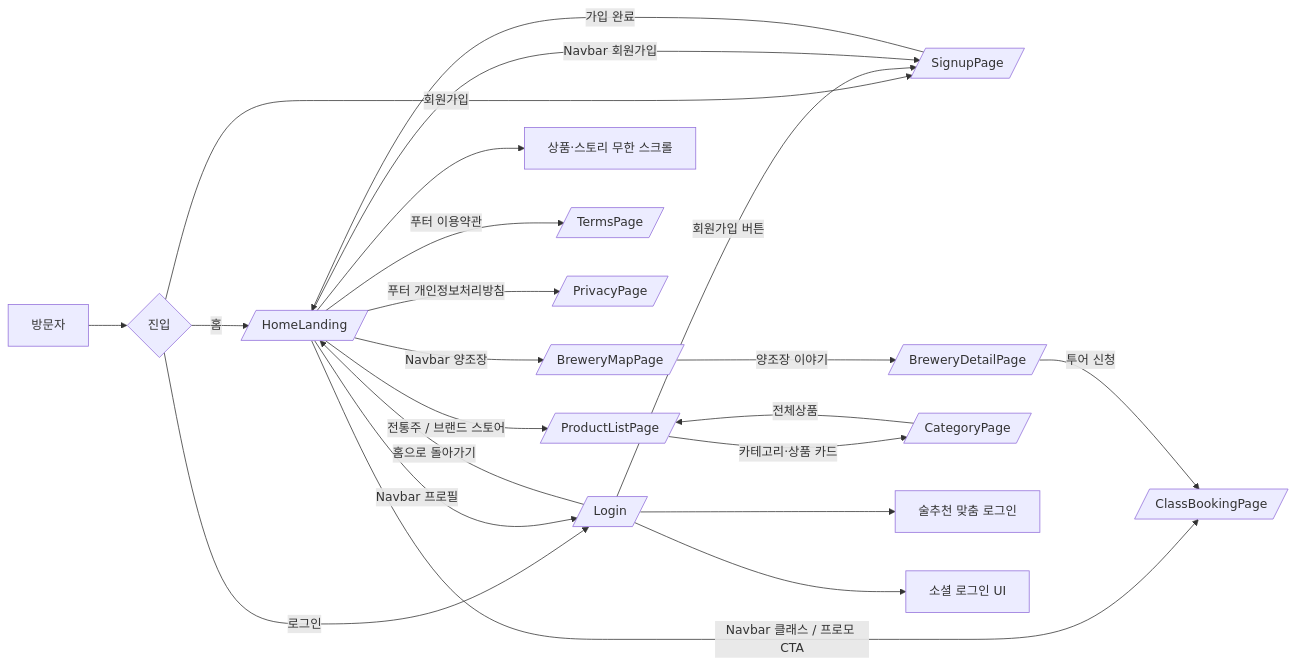
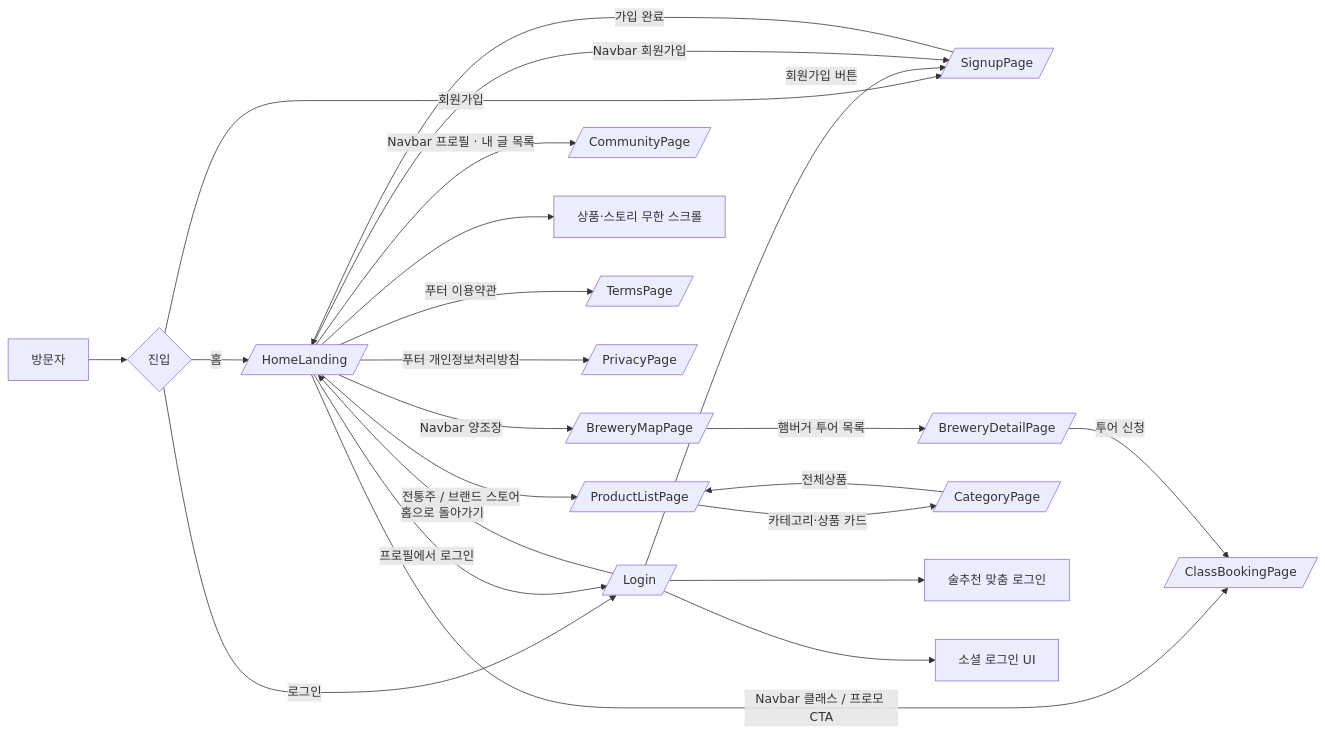
The first of 3 diagrams in README.md (zyansuh/bitdam), drawn with Mermaid before and after one commit. The commit also changed other lines of this file, not shown here.

First line of the commit message:
docs(readme): document community and grouped hamburger

````diff
--- a/README.md
+++ b/README.md
@@ -86,24 +87,25 @@
 ```mermaid
 flowchart LR
     A[방문자] --> B{진입}
     B -->|홈| C[/ HomeLanding /]
     B -->|로그인| D[/ Login /]
     B -->|회원가입| S[/ SignupPage /]
     D -->|회원가입 버튼| S
     C -->|Navbar 회원가입| S
     S -->|가입 완료| C
     C -->|전통주 / 브랜드 스토어| H[/ ProductListPage /]
     C -->|Navbar 양조장| J[/ BreweryMapPage /]
-    J -->|양조장 이야기| K[/ BreweryDetailPage /]
+    J -->|햄버거 투어 목록| K[/ BreweryDetailPage /]
+    C -->|Navbar 프로필 · 내 글 목록| M[/ CommunityPage /]
     C -->|Navbar 클래스 / 프로모 CTA| L[/ ClassBookingPage /]
     K -->|투어 신청| L
-    C -->|Navbar 프로필| D
+    C -->|프로필에서 로그인| D
     H -->|카테고리·상품 카드| I[/ CategoryPage /]
     I -->|전체상품| H
     D -->|홈으로 돌아가기| C
     C --> E[상품·스토리 무한 스크롤]
     C -->|푸터 이용약관| T[/ TermsPage /]
     C -->|푸터 개인정보처리방침| P[/ PrivacyPage /]
     D --> F[술추천 맞춤 로그인]
     D --> G[소셜 로그인 UI]
 ```
````
